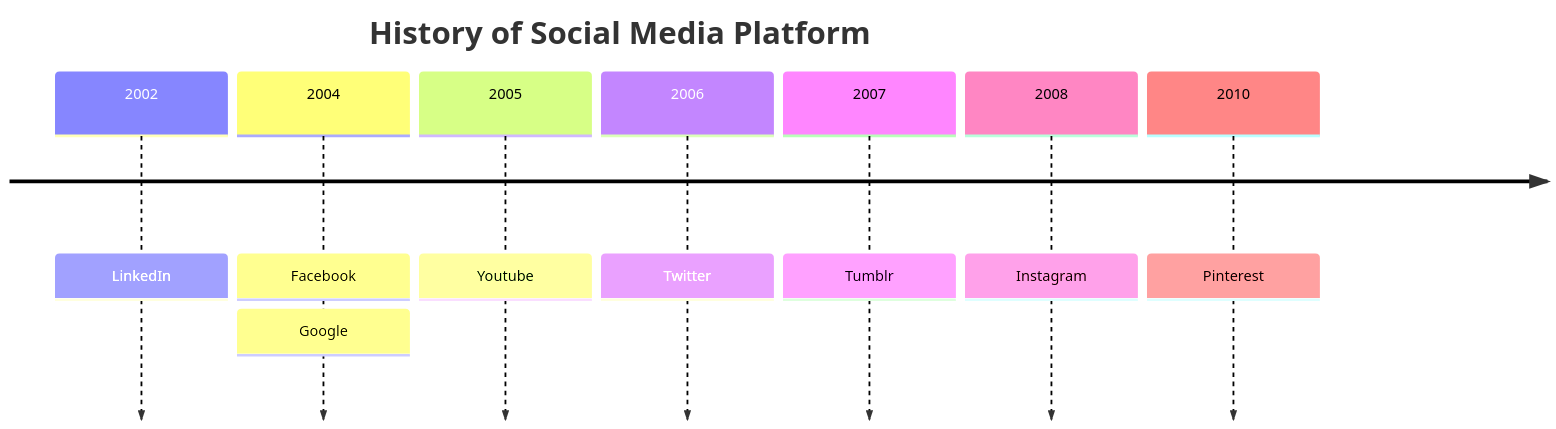
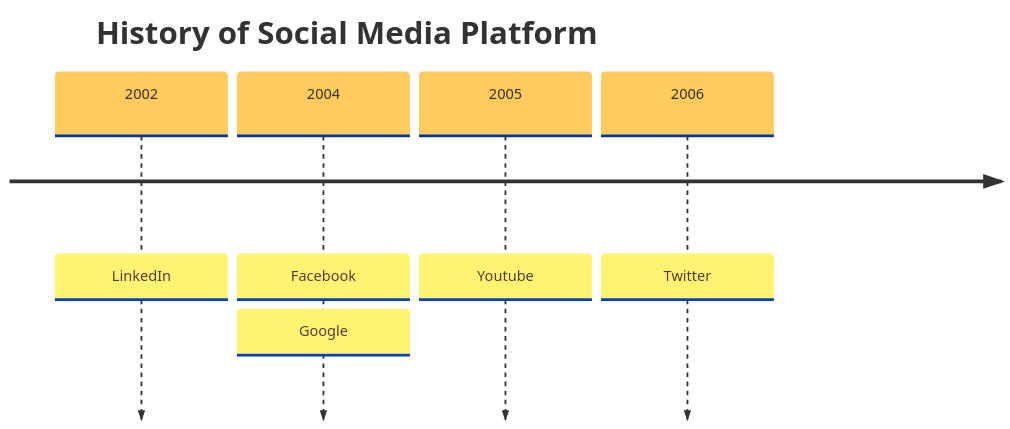
The seventh of 13 diagrams in docs/syntax/timeline.md (mermaid-js/mermaid), drawn with Mermaid before and after one commit. The commit also changed other lines of this file and 2 other files, not shown here.

````diff
--- a/docs/syntax/timeline.md
+++ b/docs/syntax/timeline.md
@@ -239,12 +245,10 @@
 ```mermaid
-   %%{init: { 'logLevel': 'debug', 'theme': 'base', 'timeline': {'disableMulticolor': true}}%%
+   %%{init: { 'logLevel': 'debug', 'theme': 'base', 'timeline': {'disableMulticolor': true}}}%%
     timeline
         title History of Social Media Platform
           2002 : LinkedIn
           2004 : Facebook : Google
           2005 : Youtube
           2006 : Twitter
-          2007 : Tumblr
-          2008 : Instagram
-          2010 : Pinterest
+
 ```
````
